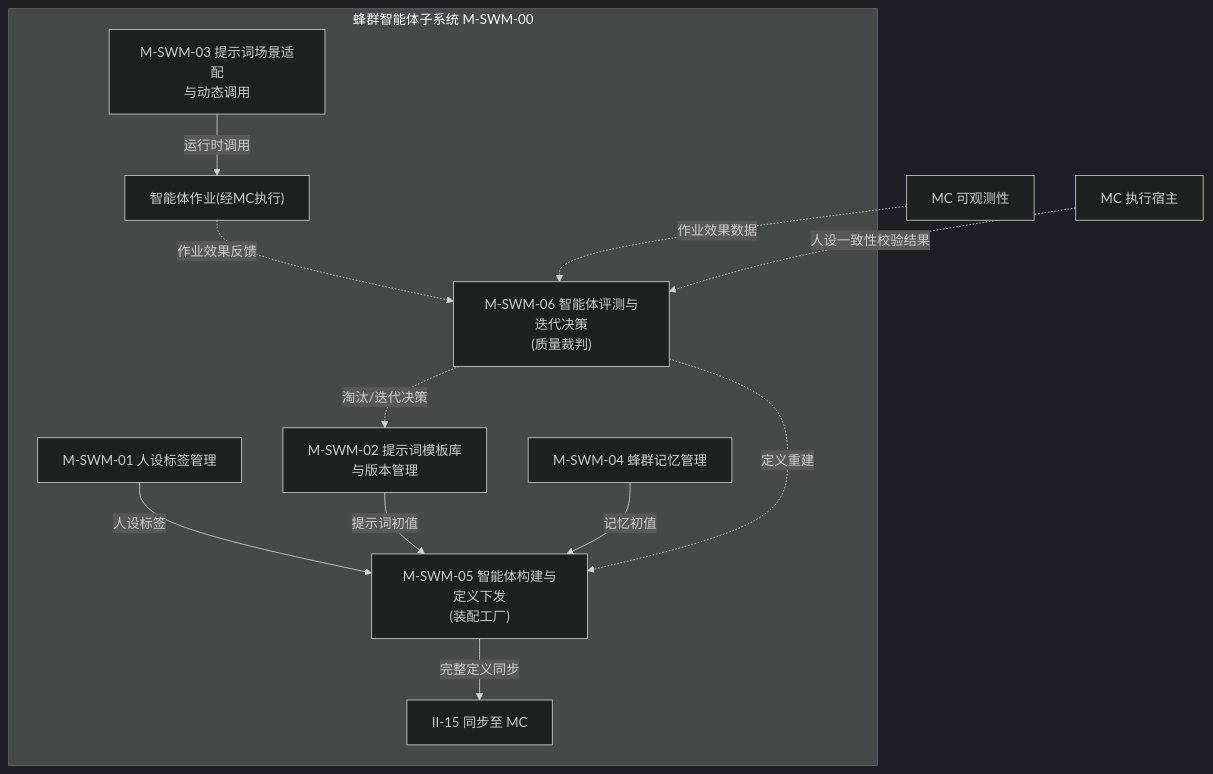
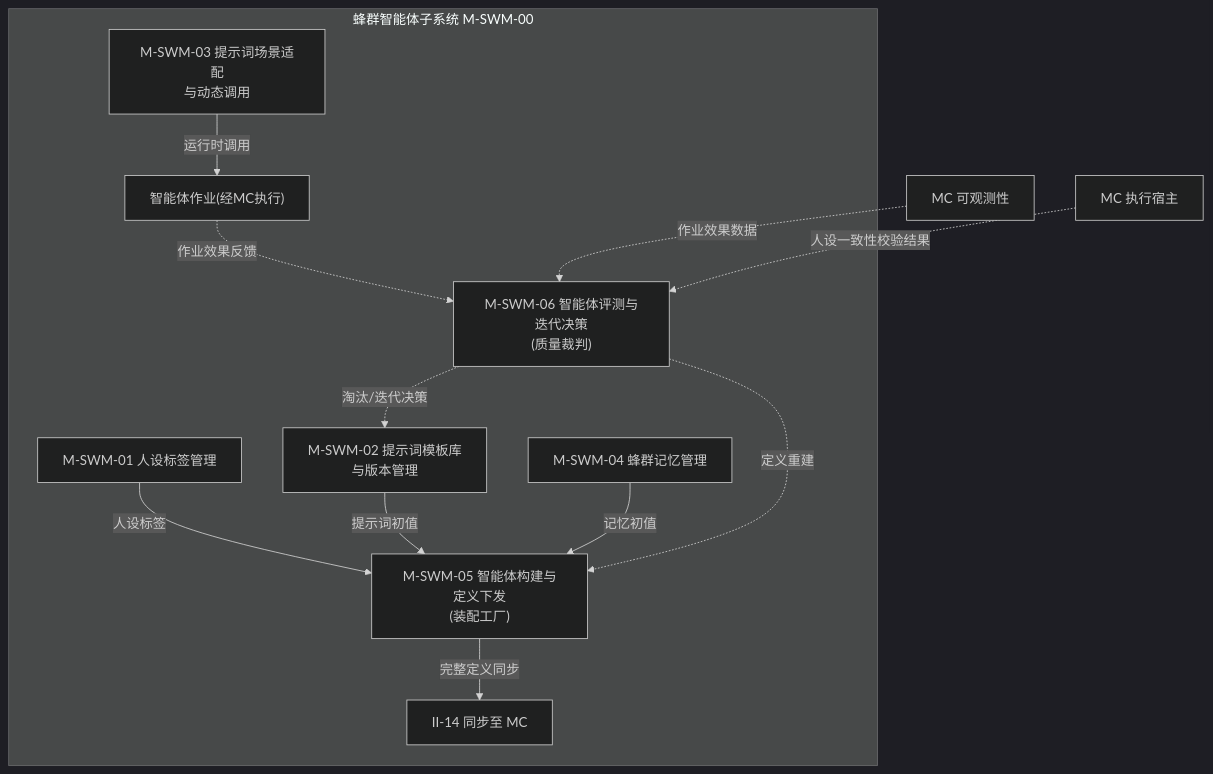
Diagram 22 of 49 in 公司项目/认知作战/文档/软件概要设计-架构图.md (Sj-g/obsidian), drawn with Mermaid (dark theme) before and after one commit. The commit also changed other lines of this file, not shown here.

````diff
--- a/公司项目/认知作战/文档/软件概要设计-架构图.md
+++ b/公司项目/认知作战/文档/软件概要设计-架构图.md
@@ -397,24 +440,24 @@
 ```mermaid
 flowchart TB
     subgraph SWM["蜂群智能体子系统 M-SWM-00"]
         SWM1["M-SWM-01 人设标签管理"]
         SWM2["M-SWM-02 提示词模板库<br/>与版本管理"]
         SWM3["M-SWM-03 提示词场景适配<br/>与动态调用"]
         SWM4["M-SWM-04 蜂群记忆管理"]
         SWM5["M-SWM-05 智能体构建与定义下发<br/>(装配工厂)"]
         SWM6["M-SWM-06 智能体评测与迭代决策<br/>(质量裁判)"]
 
         SWM1 -->|"人设标签"| SWM5
         SWM2 -->|"提示词初值"| SWM5
         SWM4 -->|"记忆初值"| SWM5
-        SWM5 -->|"完整定义同步"| SYNC["II-15 同步至 MC"]
+        SWM5 -->|"完整定义同步"| SYNC["II-14 同步至 MC"]
         SWM3 -->|"运行时调用"| JOB["智能体作业(经MC执行)"]
 
         SWM6 -.->|"淘汰/迭代决策"| SWM2
         SWM6 -.->|"定义重建"| SWM5
         JOB -.->|"作业效果反馈"| SWM6
     end
 
     MC["MC 可观测性"] -.->|"作业效果数据"| SWM6
     MC2["MC 执行宿主"] -.->|"人设一致性校验结果"| SWM6
 ```
````
